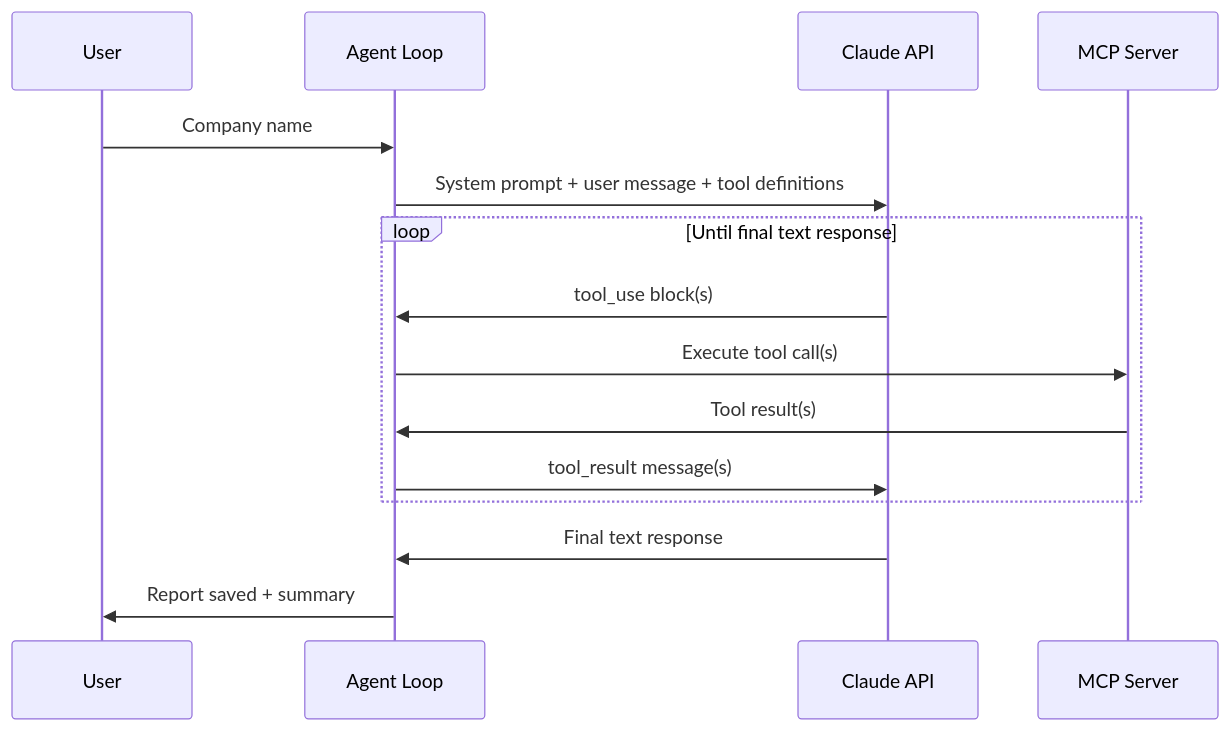
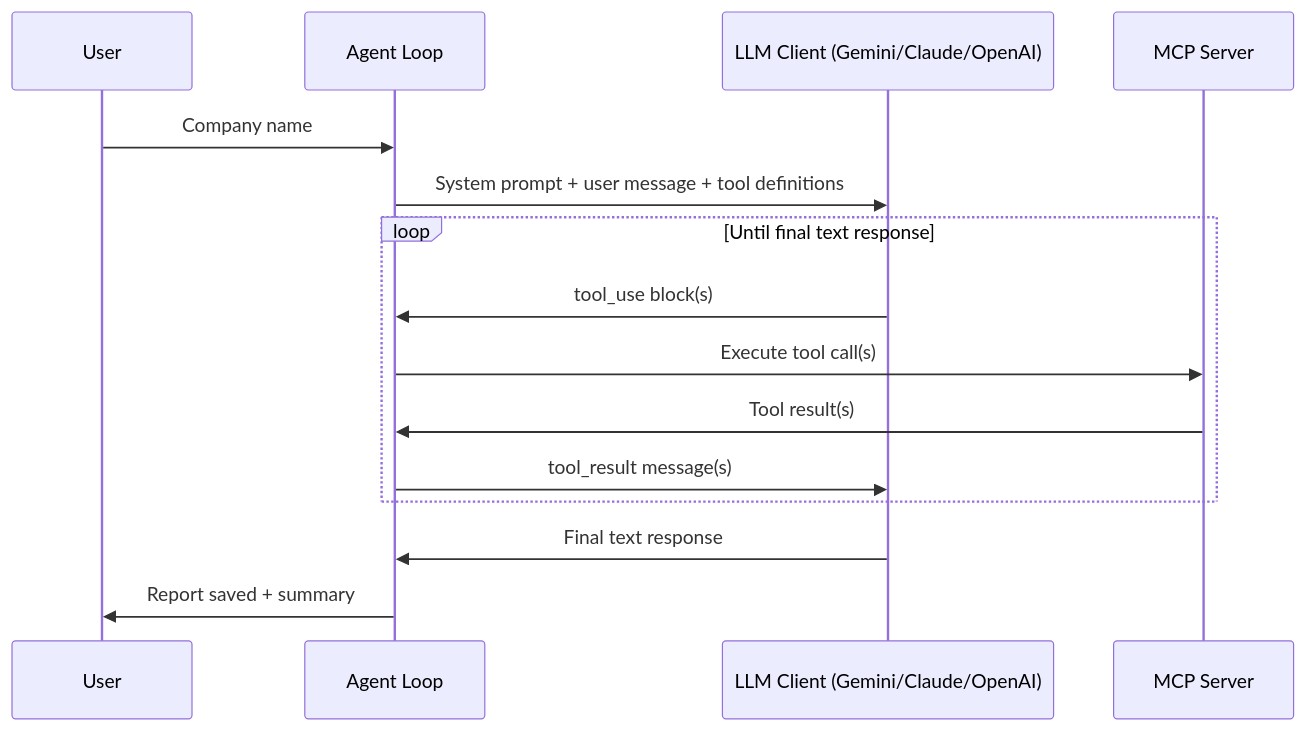
The second of 7 diagrams in input/technical-architecture.md (mondweep/vibe-cast), drawn with Mermaid before and after one commit. The commit also changed other lines of this file and 1 other file, not shown here.

First line of the commit message:
Add multi-provider LLM support (Gemini/Claude/OpenAI)

````diff
--- a/input/technical-architecture.md
+++ b/input/technical-architecture.md
@@ -69,20 +73,20 @@
 ```mermaid
 sequenceDiagram
     participant U as User
     participant A as Agent Loop
-    participant C as Claude API
+    participant L as LLM Client (Gemini/Claude/OpenAI)
     participant M as MCP Server
 
     U->>A: Company name
-    A->>C: System prompt + user message + tool definitions
+    A->>L: System prompt + user message + tool definitions
 
     loop Until final text response
-        C->>A: tool_use block(s)
+        L->>A: tool_use block(s)
         A->>M: Execute tool call(s)
         M->>A: Tool result(s)
-        A->>C: tool_result message(s)
+        A->>L: tool_result message(s)
     end
 
-    C->>A: Final text response
+    L->>A: Final text response
     A->>U: Report saved + summary
 ```
````
